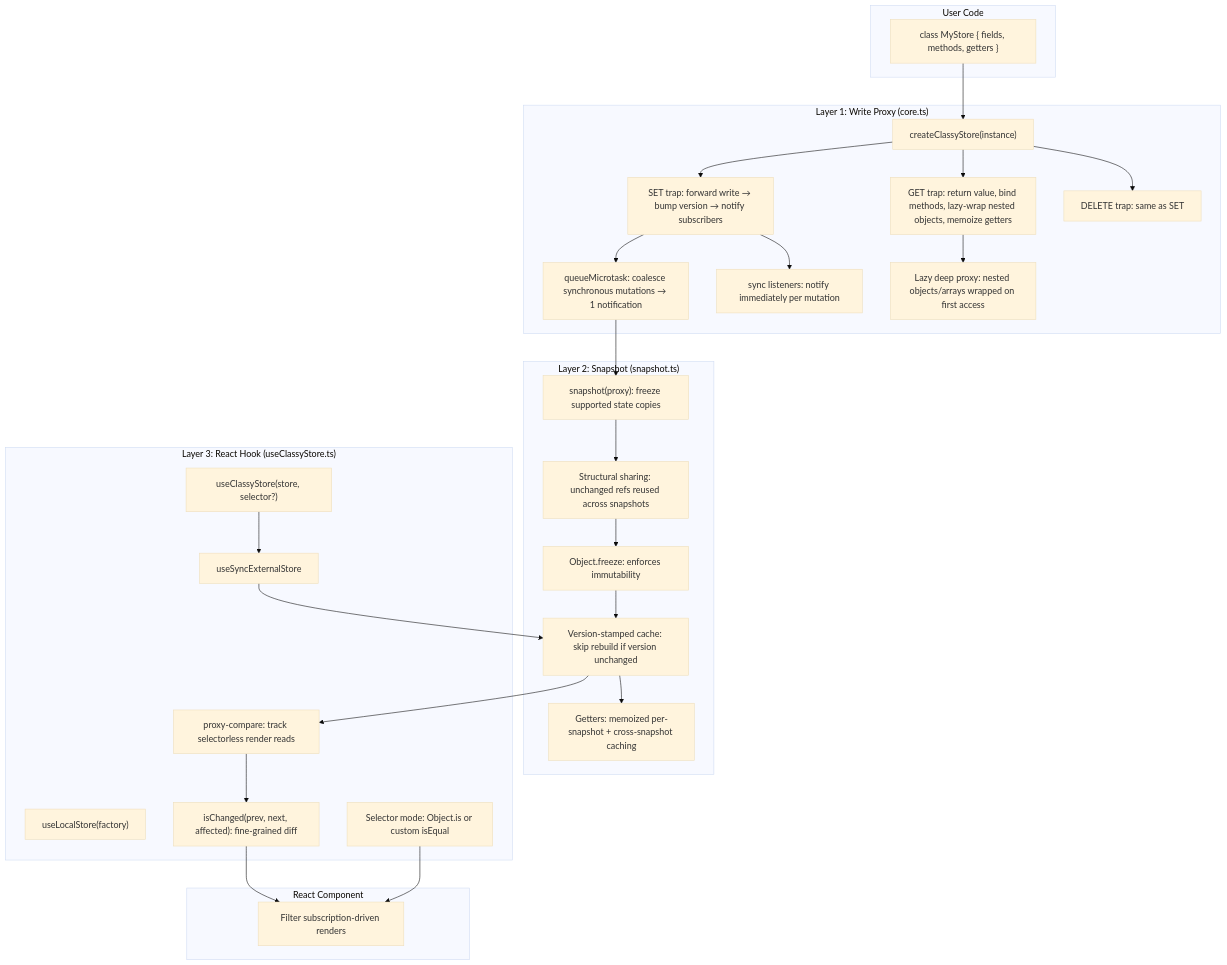
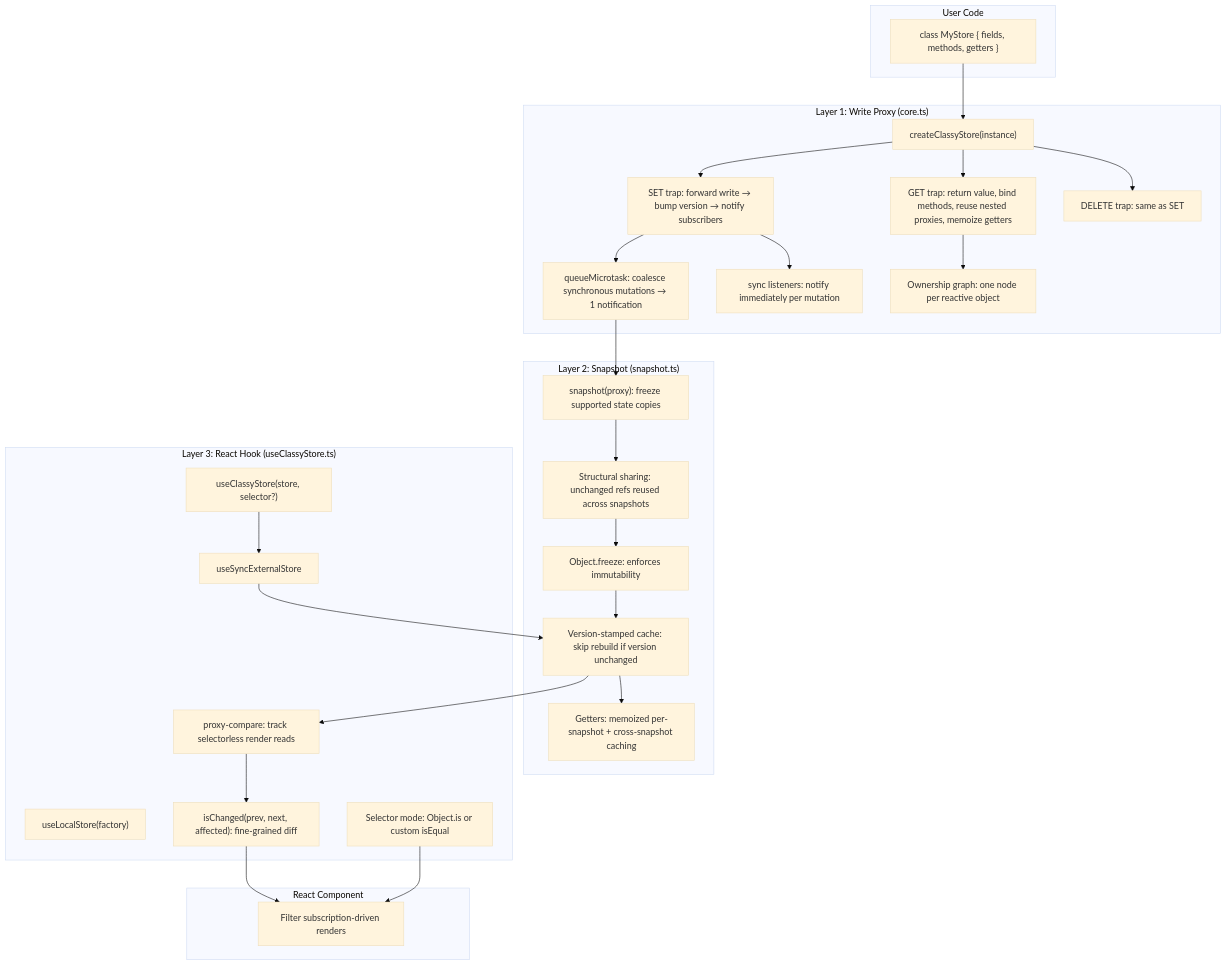
Before and after one commit to codeBelt/classy-store: the first of 8 diagrams in website/docs/ARCHITECTURE.md, drawn with Mermaid (base theme). The commit also changed other lines of this file and 17 other files, not shown here.

Commit message:
fix: preserve proxy ownership, snapshot semantics, and hydration edits

````diff
--- a/website/docs/ARCHITECTURE.md
+++ b/website/docs/ARCHITECTURE.md
@@ -9,56 +9,56 @@
 ```mermaid
 flowchart TB
   subgraph userCode ["User Code"]
     ClassDef["class MyStore { fields, methods, getters }"]
   end
 
   subgraph layer1 ["Layer 1: Write Proxy (core.ts)"]
     storeFn["createClassyStore(instance)"]
     SetTrap["SET trap: forward write → bump version → notify subscribers"]
-    GetTrap["GET trap: return value, bind methods, lazy-wrap nested objects, memoize getters"]
+    GetTrap["GET trap: return value, bind methods, reuse nested proxies, memoize getters"]
     DeleteTrap["DELETE trap: same as SET"]
     Batch["queueMicrotask: coalesce synchronous mutations → 1 notification"]
     SyncNotify["sync listeners: notify immediately per mutation"]
-    DeepProxy["Lazy deep proxy: nested objects/arrays wrapped on first access"]
+    DeepProxy["Ownership graph: one node per reactive object"]
   end
 
   subgraph layer2 ["Layer 2: Snapshot (snapshot.ts)"]
     SnapshotFn["snapshot(proxy): freeze supported state copies"]
     StructuralShare["Structural sharing: unchanged refs reused across snapshots"]
     Freeze["Object.freeze: enforces immutability"]
     VersionCache["Version-stamped cache: skip rebuild if version unchanged"]
     GetterEval["Getters: memoized per-snapshot + cross-snapshot caching"]
   end
 
   subgraph layer3 ["Layer 3: React Hook (useClassyStore.ts)"]
     UseStore["useClassyStore(store, selector?)"]
     UseLocalStore["useLocalStore(factory)"]
     USES["useSyncExternalStore"]
     ProxyCompare["proxy-compare: track selectorless render reads"]
     IsChanged["isChanged(prev, next, affected): fine-grained diff"]
     SelectorMode["Selector mode: Object.is or custom isEqual"]
   end
 
   subgraph component ["React Component"]
     Render["Filter subscription-driven renders"]
   end
 
   ClassDef --> storeFn
   storeFn --> SetTrap
   storeFn --> GetTrap
   storeFn --> DeleteTrap
   SetTrap --> SyncNotify
   SetTrap --> Batch
   Batch --> SnapshotFn
   GetTrap --> DeepProxy
   SnapshotFn --> StructuralShare
   StructuralShare --> Freeze
   Freeze --> VersionCache
   VersionCache --> GetterEval
   UseStore --> USES
   USES --> VersionCache
   VersionCache --> ProxyCompare
   ProxyCompare --> IsChanged
   IsChanged --> Render
   SelectorMode --> Render
 ```
````
